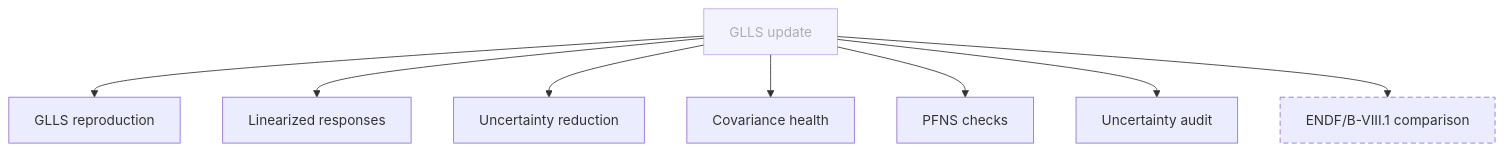
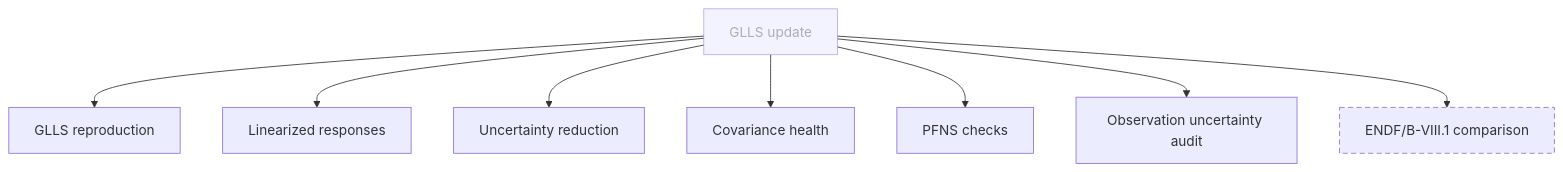
The seventh of 9 diagrams in DBC/CONCEPTS.md (aurja130/WPEC_SG52), drawn with Mermaid before and after one commit. The commit also changed other lines of this file and 22 other files, not shown here.

````diff
--- a/DBC/CONCEPTS.md
+++ b/DBC/CONCEPTS.md
@@ -336,16 +332,16 @@
 ```mermaid
 flowchart TD
   Glls["GLLS update"]
   GllsReproduction["GLLS reproduction"]
   LinearizedResponses["Linearized responses"]
   UncertaintyReduction["Uncertainty reduction"]
   CovarianceHealth["Covariance health"]
   PfnsChecks["PFNS checks"]
-  UncertaintyAudit["Uncertainty audit"]
+  UncertaintyAudit["Observation uncertainty audit"]
   EndfComparison["ENDF/B-VIII.1 comparison"]
   Glls --> GllsReproduction & LinearizedResponses & UncertaintyReduction & CovarianceHealth & PfnsChecks & UncertaintyAudit & EndfComparison
   classDef planned stroke-dasharray: 6 4
   classDef external opacity: 0.6
   class EndfComparison planned
   class Glls external
 ```
````
